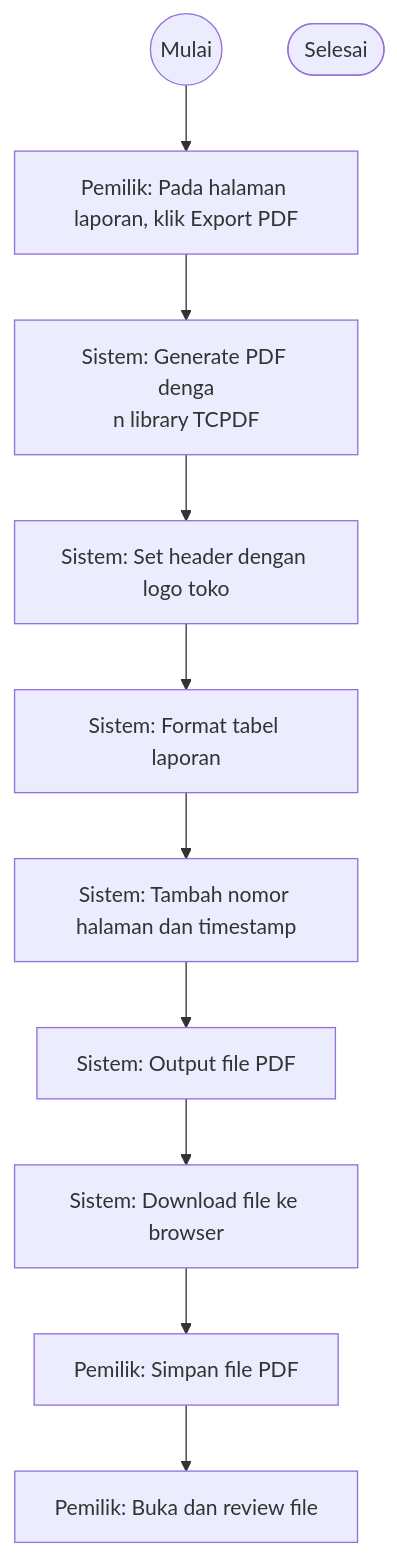
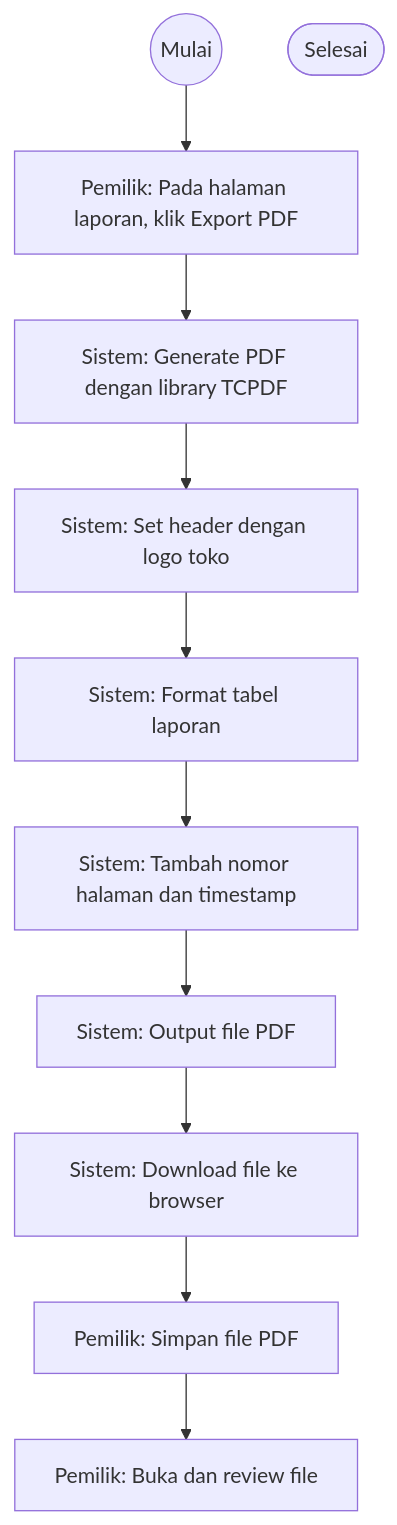
Before and after one commit to devWebs01/POS-DW: diagram 33 of 40 in docs/4.2-perancangan-sistem.md, drawn with Mermaid. The commit also changed other lines of this file, not shown here.

First line of the commit message:
fix: repair 14 broken mermaid diagrams (split arrows & multiline labels)

````diff
--- a/docs/4.2-perancangan-sistem.md
+++ b/docs/4.2-perancangan-sistem.md
@@ -1993,24 +1979,23 @@
 ```mermaid
 flowchart TD
   start((Mulai))
   A_A["Pemilik: Pada halaman laporan, klik Export PDF"]
   start --> A_A
-  S_A["Sistem: Generate PDF denga
-n library TCPDF"]
+  S_A["Sistem: Generate PDF dengan library TCPDF"]
   A_A --> S_A
   S_B["Sistem: Set header dengan logo toko"]
   S_A --> S_B
   S_C["Sistem: Format tabel laporan"]
   S_B --> S_C
   S_D["Sistem: Tambah nomor halaman dan timestamp"]
   S_C --> S_D
   S_E["Sistem: Output file PDF"]
   S_D --> S_E
   S_F["Sistem: Download file ke browser"]
   S_E --> S_F
   A_B["Pemilik: Simpan file PDF"]
   S_F --> A_B
   A_C["Pemilik: Buka dan review file"]
   A_B --> A_C
   end_success([Selesai])
 ```
````
